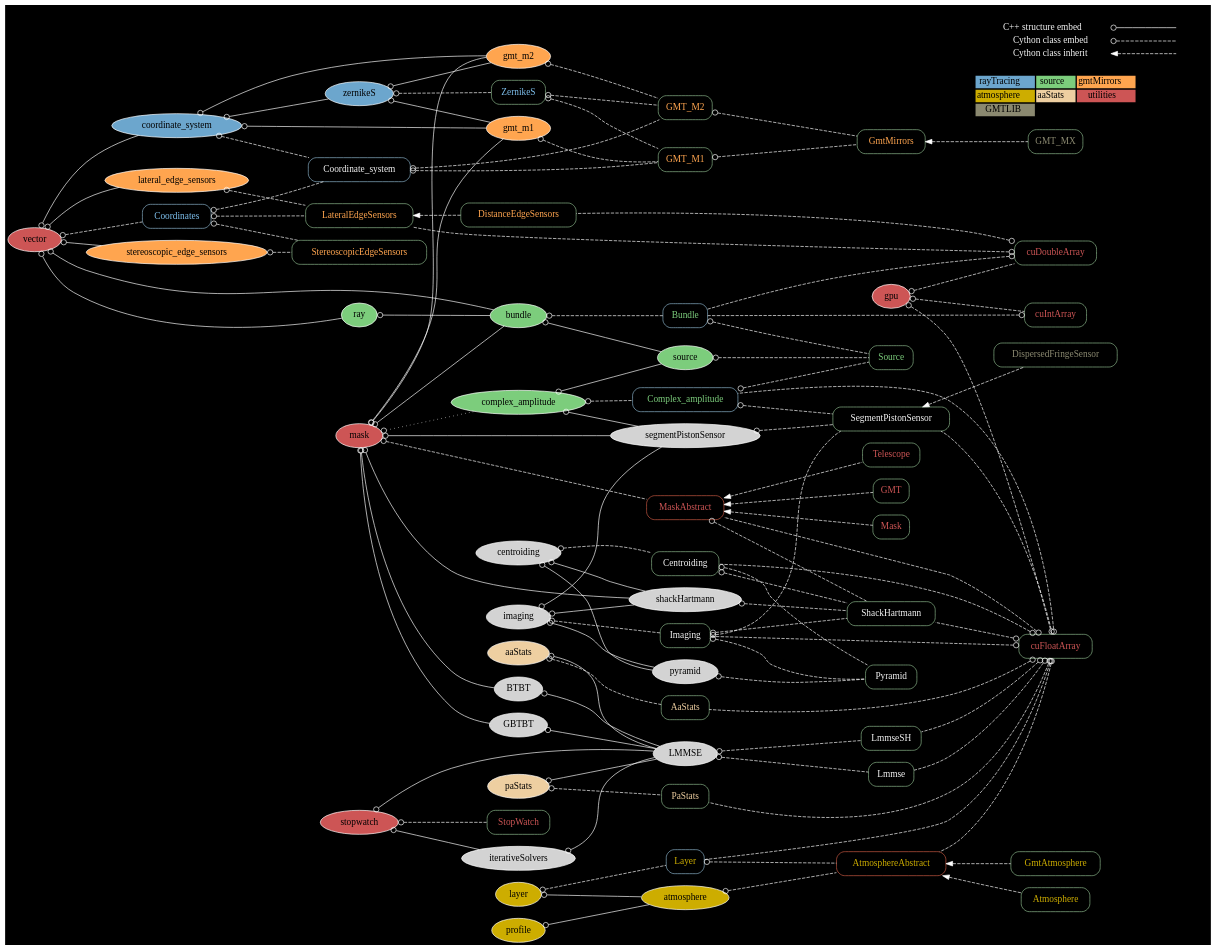
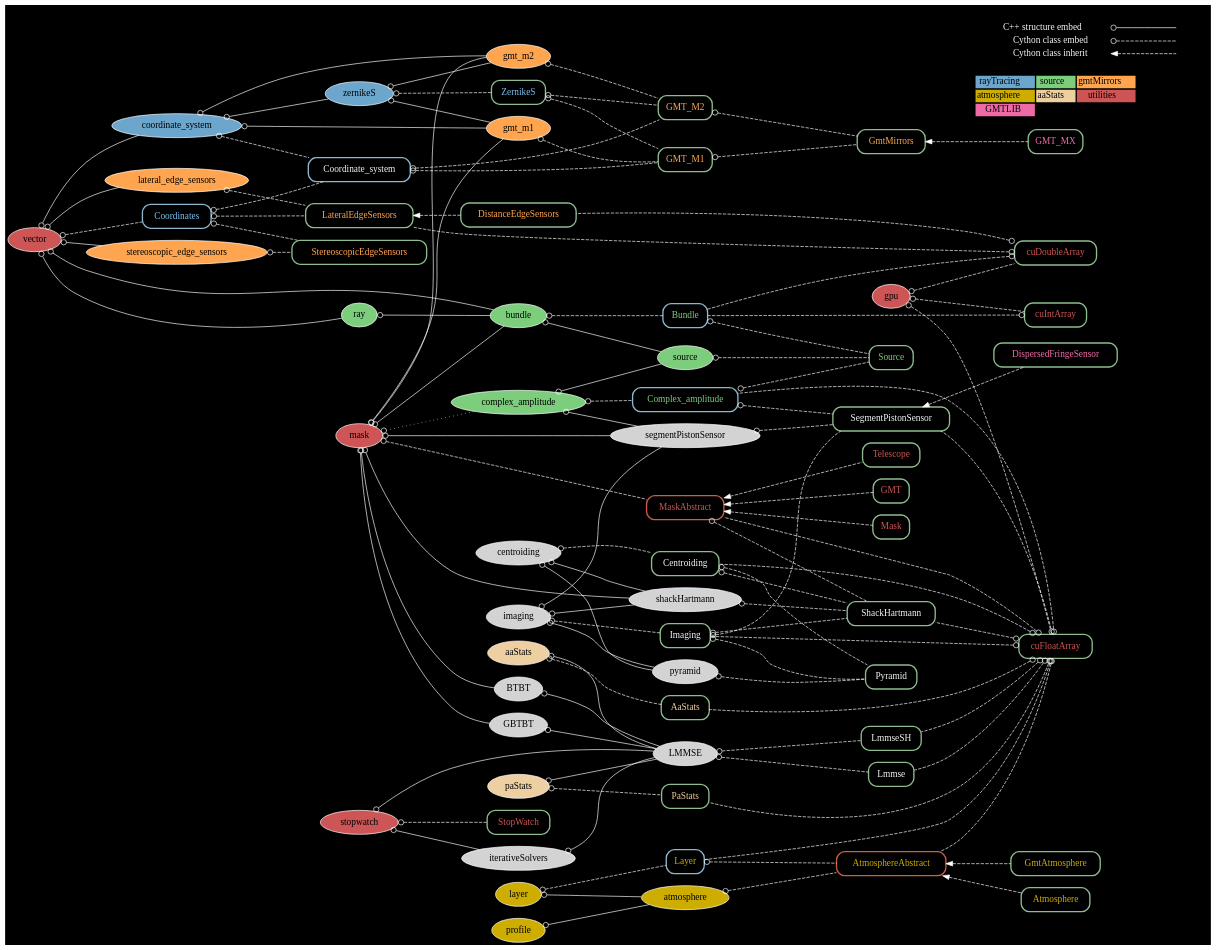
One commit to rconan/CEO changed the diagram in graph/ceo.dot. Above: the diagram before and after it, drawn with Graphviz. The commit also changed 1 other file, not shown here.

```diff
--- a/graph/ceo.dot
+++ b/graph/ceo.dot
@@ -78,7 +78,7 @@
 edge[style=dotted,color=white]
 mask -> complex_amplitude;
 
-node[color=darkseagreen,style=rounded,shape=box,fontcolor=whitesmoke];
+node[color=darkseagreen,style=rounded,shape=box,fontcolor=whitesmoke,penwidth=2];
 edge[style=dashed,color=white]
 
 {
@@ -131,7 +131,7 @@
 }
 
 {
-node[fontcolor=lemonchiffon4]
+node[fontcolor=hotpink2]
 GMT_MX;
 DispersedFringeSensor;
 }
@@ -252,7 +252,7 @@
     <td bgcolor="indianred3"><font color="black">utilities</font></td>
     </tr>
     <tr>
-    <td bgcolor="lemonchiffon4"><font color="black">GMTLIB</font></td>
+    <td bgcolor="hotpink2"><font color="black">GMTLIB</font></td>
     </tr>
     </table>
     >]   
```
